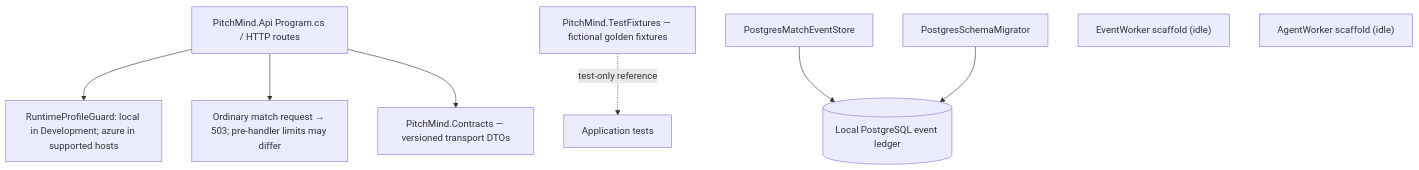
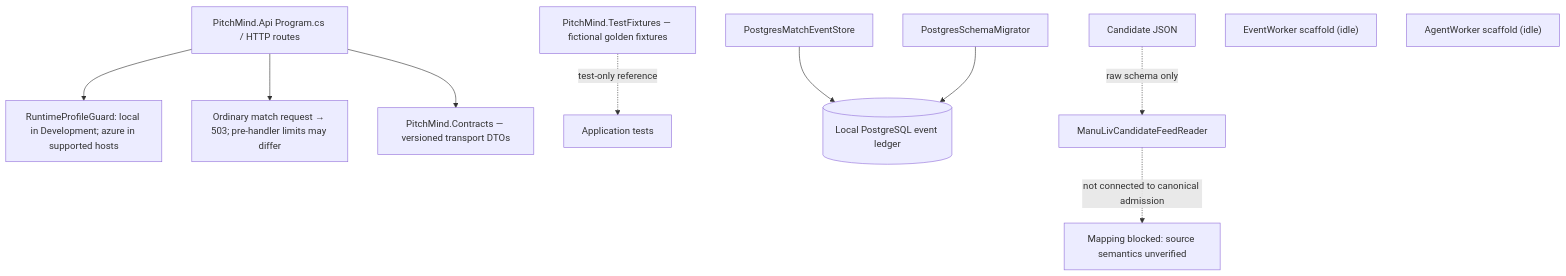
One commit to prateekgangopadhyay/PitchMind changed the first of 2 diagrams in docs/architecture/03-components.md. Above: the diagram before and after it, drawn with Mermaid. The commit also changed other lines of this file and 6 other files, not shown here.

Commit message:
feat(data): add bounded raw candidate feed reader

````diff
--- a/docs/architecture/03-components.md
+++ b/docs/architecture/03-components.md
@@ -9,11 +9,13 @@
 ```mermaid
 flowchart TB
   API["PitchMind.Api Program.cs / HTTP routes"] --> Profile["RuntimeProfileGuard: local in Development; azure in supported hosts"]
   API --> Guard["Ordinary match request → 503; pre-handler limits may differ"]
   API --> Contracts["PitchMind.Contracts — versioned transport DTOs"]
   Test["PitchMind.TestFixtures — fictional golden fixtures"] -. "test-only reference" .-> AppTests["Application tests"]
   Ledger["PostgresMatchEventStore"] --> DB[("Local PostgreSQL event ledger")]
   Migrator["PostgresSchemaMigrator"] --> DB
+  Candidate["Candidate JSON"] -. "raw schema only" .-> RawReader["ManuLivCandidateFeedReader"]
+  RawReader -. "not connected to canonical admission" .-> Boundary["Mapping blocked: source semantics unverified"]
   EventWorker["EventWorker scaffold (idle)"]
   AgentWorker["AgentWorker scaffold (idle)"]
 ```
````
